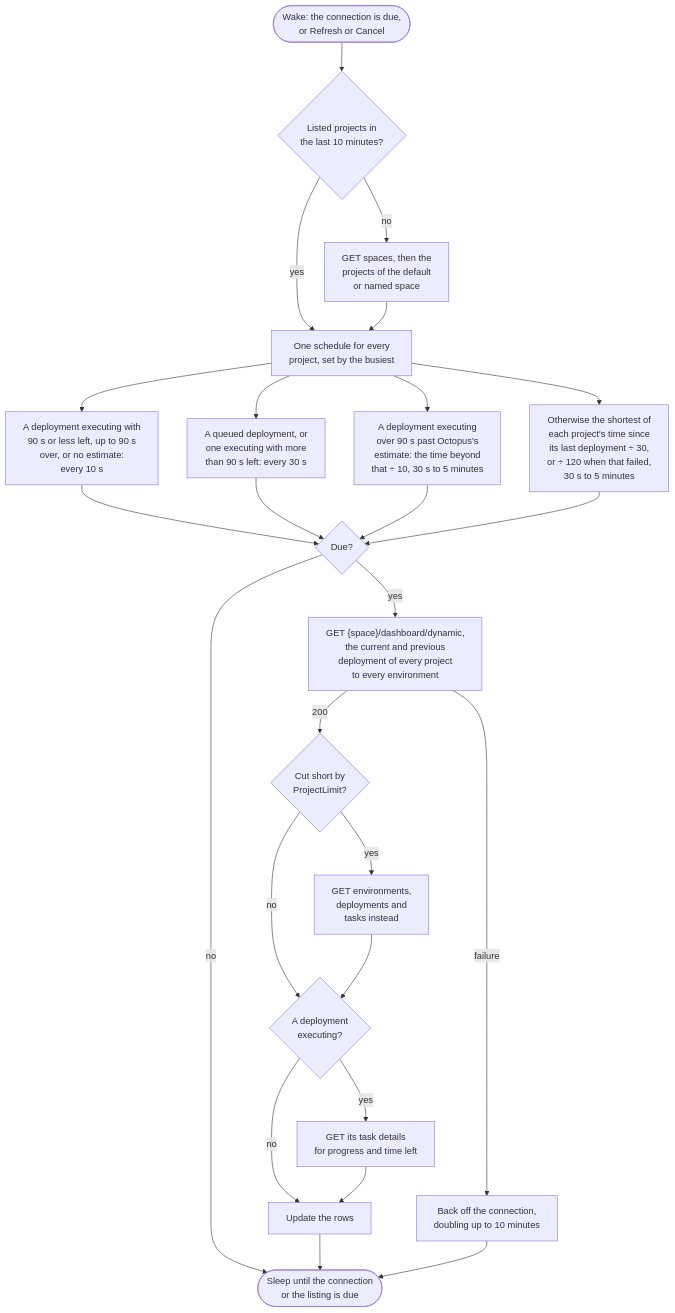
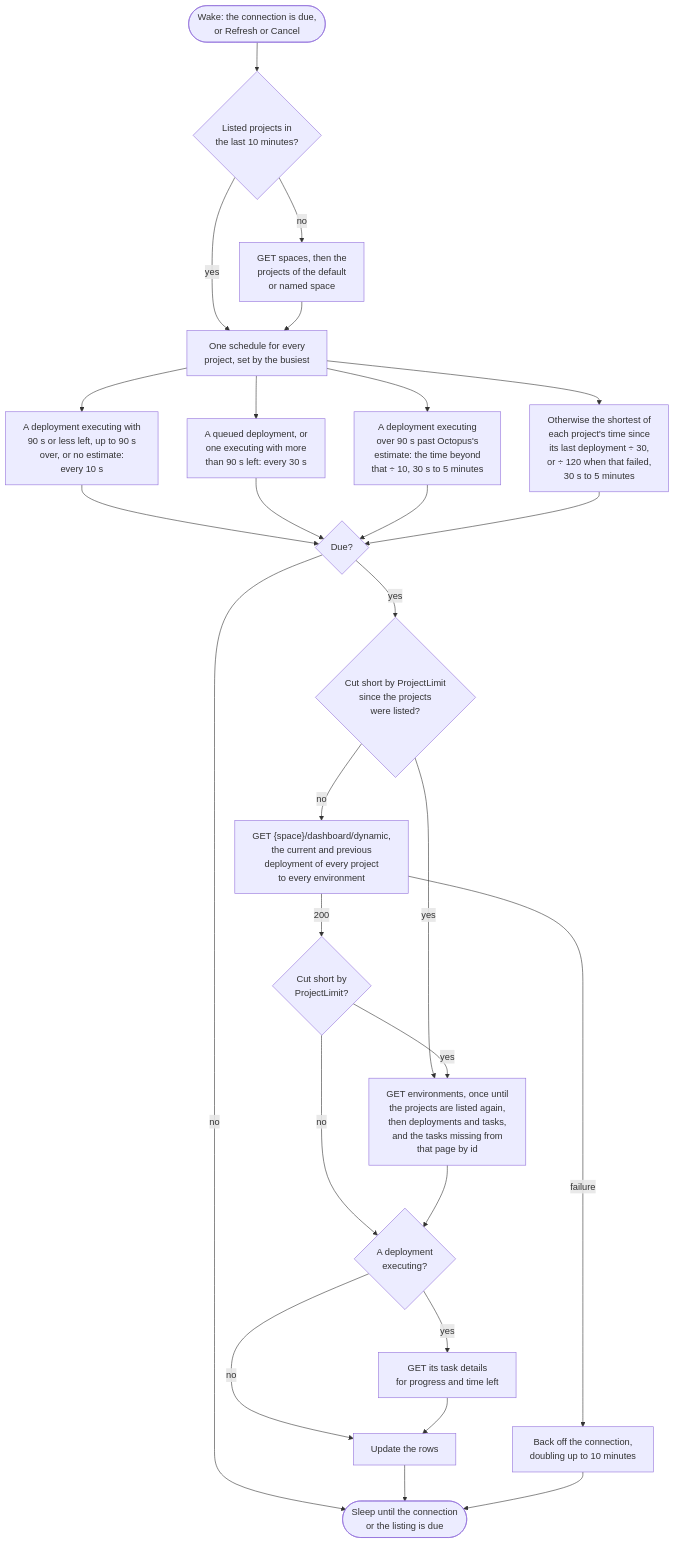
One commit to SimonCropp/BuildMonitor changed the diagram in docs/mdsource/providers/octopus.source.md. Above: the diagram before and after it, drawn with Mermaid. The commit also changed other lines of this file and 92 other files, not shown here.

````diff
--- a/docs/mdsource/providers/octopus.source.md
+++ b/docs/mdsource/providers/octopus.source.md
@@ -38,32 +38,34 @@
 ```mermaid
 ---
 config:
   flowchart:
     wrappingWidth: 400
 ---
 flowchart TD
     wake(["Wake: the connection is due,<br/>or Refresh or Cancel"]) --> listed{"Listed projects in<br/>the last 10 minutes?"}
     listed -- "no" --> discover["GET spaces, then the<br/>projects of the default<br/>or named space"]
     listed -- "yes" --> interval["One schedule for every<br/>project, set by the busiest"]
     discover --> interval
     interval --> finishing["A deployment executing with<br/>90 s or less left, up to 90 s<br/>over, or no estimate:<br/>every 10 s"]
     interval --> running["A queued deployment, or<br/>one executing with more<br/>than 90 s left: every 30 s"]
     interval --> overrun["A deployment executing<br/>over 90 s past Octopus's<br/>estimate: the time beyond<br/>that ÷ 10, 30 s to 5 minutes"]
     interval --> quiet["Otherwise the shortest of<br/>each project's time since<br/>its last deployment ÷ 30,<br/>or ÷ 120 when that failed,<br/>30 s to 5 minutes"]
     finishing --> due{"Due?"}
     running --> due
     overrun --> due
     quiet --> due
     due -- "no" --> sleep(["Sleep until the connection<br/>or the listing is due"])
-    due -- "yes" --> fetch["GET {space}/dashboard/dynamic,<br/>the current and previous<br/>deployment of every project<br/>to every environment"]
+    due -- "yes" --> known{"Cut short by ProjectLimit<br/>since the projects<br/>were listed?"}
+    known -- "no" --> fetch["GET {space}/dashboard/dynamic,<br/>the current and previous<br/>deployment of every project<br/>to every environment"]
+    known -- "yes" --> separately
     fetch -- "200" --> limited{"Cut short by<br/>ProjectLimit?"}
-    limited -- "yes" --> separately["GET environments,<br/>deployments and<br/>tasks instead"]
+    limited -- "yes" --> separately["GET environments, once until<br/>the projects are listed again,<br/>then deployments and tasks,<br/>and the tasks missing from<br/>that page by id"]
     limited -- "no" --> executing{"A deployment<br/>executing?"}
     separately --> executing
     executing -- "yes" --> details["GET its task details<br/>for progress and time left"]
     executing -- "no" --> rows["Update the rows"]
     details --> rows
     fetch -- "failure" --> backoff["Back off the connection,<br/>doubling up to 10 minutes"]
     rows --> sleep
     backoff --> sleep
 ```
````
